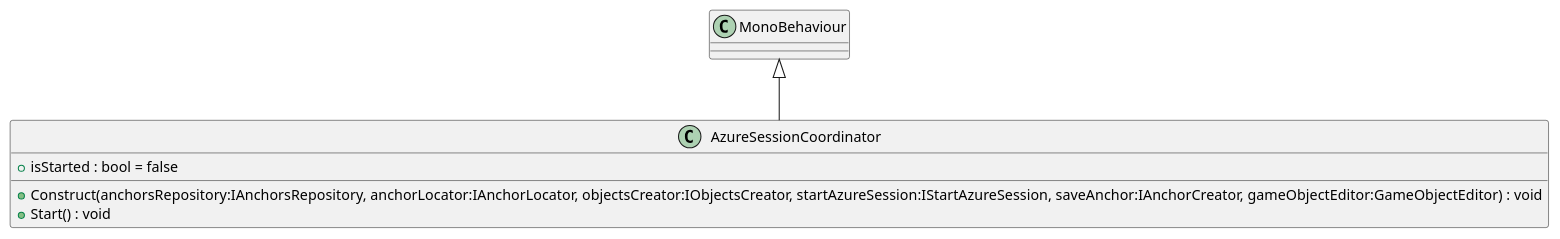
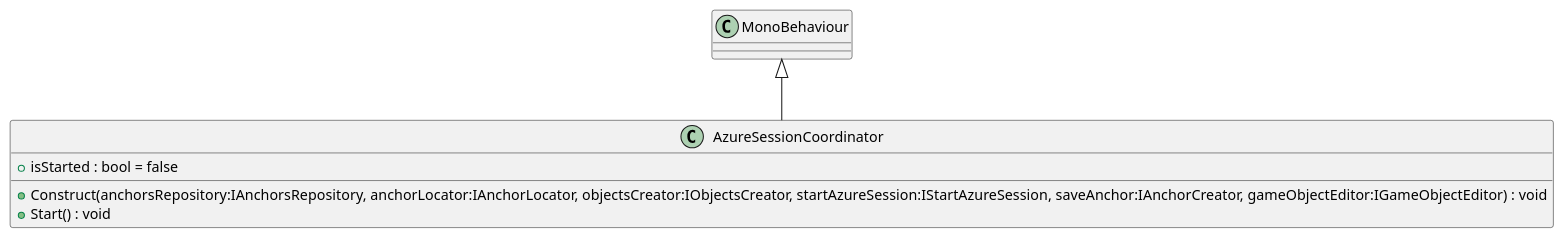
One commit to DeNatur/ProductionFloorVisualization changed the diagram in UML/domain/AzureSessionCoordinator.puml. Above: the diagram before and after it, drawn with PlantUML. The commit also changed 16 other files, not shown here.

Commit message:
Generate UML (Generate UML)

```diff
--- a/UML/domain/AzureSessionCoordinator.puml
+++ b/UML/domain/AzureSessionCoordinator.puml
@@ -1,8 +1,8 @@
 @startuml
 class AzureSessionCoordinator {
     + isStarted : bool = false
-    + Construct(anchorsRepository:IAnchorsRepository, anchorLocator:IAnchorLocator, objectsCreator:IObjectsCreator, startAzureSession:IStartAzureSession, saveAnchor:IAnchorCreator, gameObjectEditor:GameObjectEditor) : void
+    + Construct(anchorsRepository:IAnchorsRepository, anchorLocator:IAnchorLocator, objectsCreator:IObjectsCreator, startAzureSession:IStartAzureSession, saveAnchor:IAnchorCreator, gameObjectEditor:IGameObjectEditor) : void
     + Start() : void
 }
 MonoBehaviour <|-- AzureSessionCoordinator
 @enduml
```
